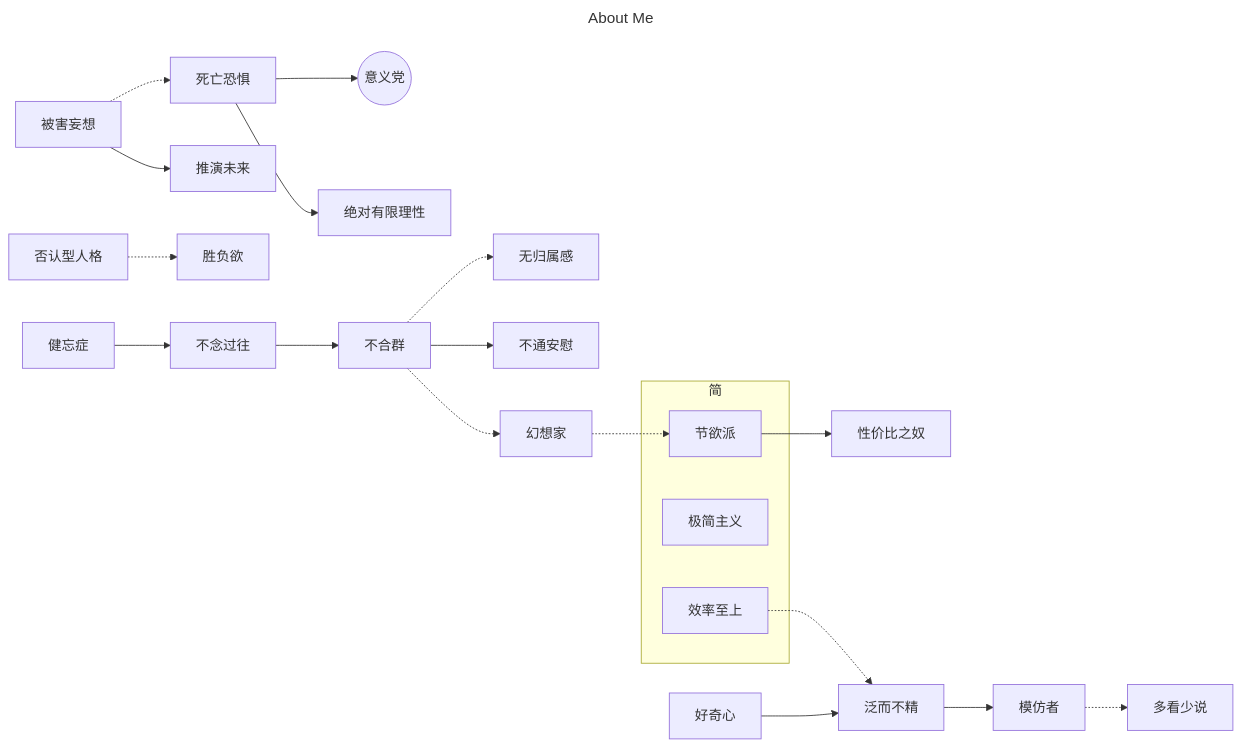
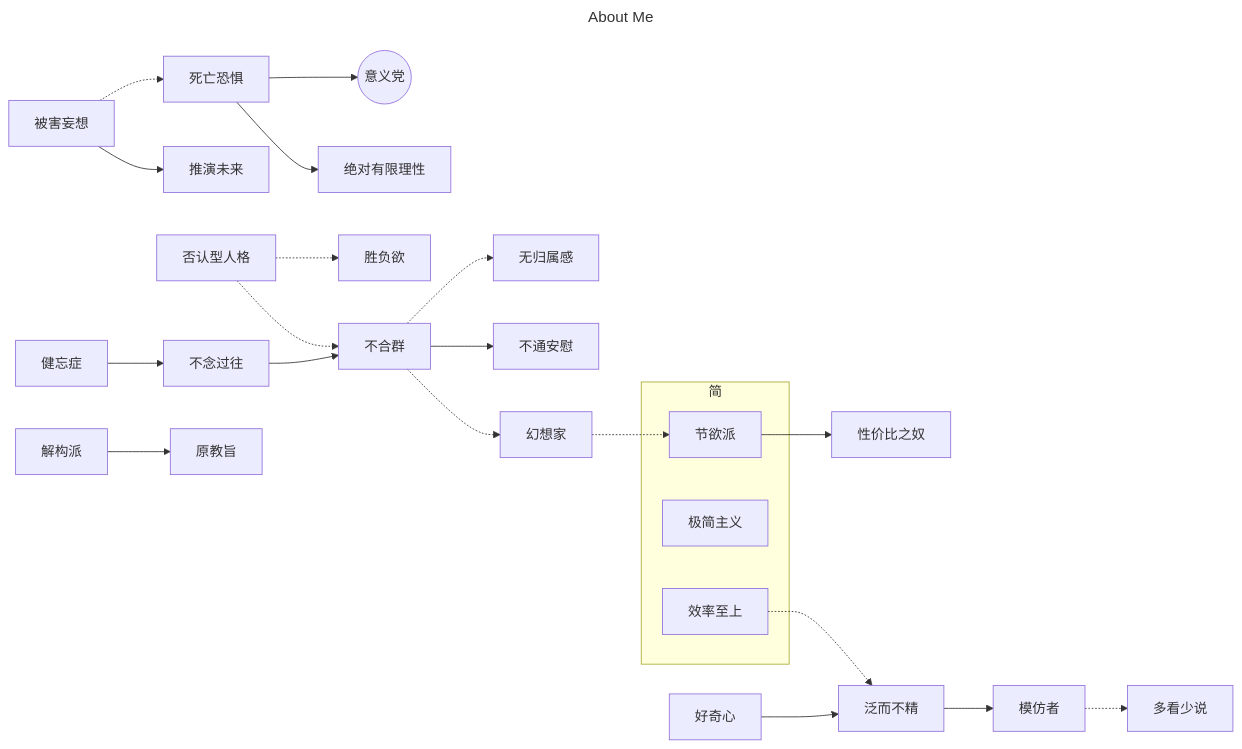
One commit to lxl66566/lxl66566.github.io changed the diagram in src/hide/personal_details.md. Above: the diagram before and after it, drawn with Mermaid. The commit also changed other lines of this file and 11 other files, not shown here.

````diff
--- a/src/hide/personal_details.md
+++ b/src/hide/personal_details.md
@@ -12,22 +15,23 @@
 ```mermaid
 ---
 title: About Me
 ---
 flowchart LR
   被害妄想 -.-> 死亡恐惧 --> 意义党((意义党))
   死亡恐惧 --> 绝对有限理性
   被害妄想 --> 推演未来
   否认型人格 -.-> 胜负欲
   健忘症 --> 不念过往 --> 不合群 -.-> 无归属感
-  不合群 --> 不通安慰
+  否认型人格 -.-> 不合群 --> 不通安慰
   不合群 -.-> 幻想家 -.-> 节欲派
+  解构派 --> 原教旨
   subgraph 简
     节欲派
     极简主义
     效率至上
   end
   节欲派 --> 性价比之奴
   效率至上 -.-> 泛而不精
   好奇心 --> 泛而不精 --> 模仿者 -.-> 多看少说
   click 无归属感 "https://t.me/withabsolutex/774" _blank
 ```
````
